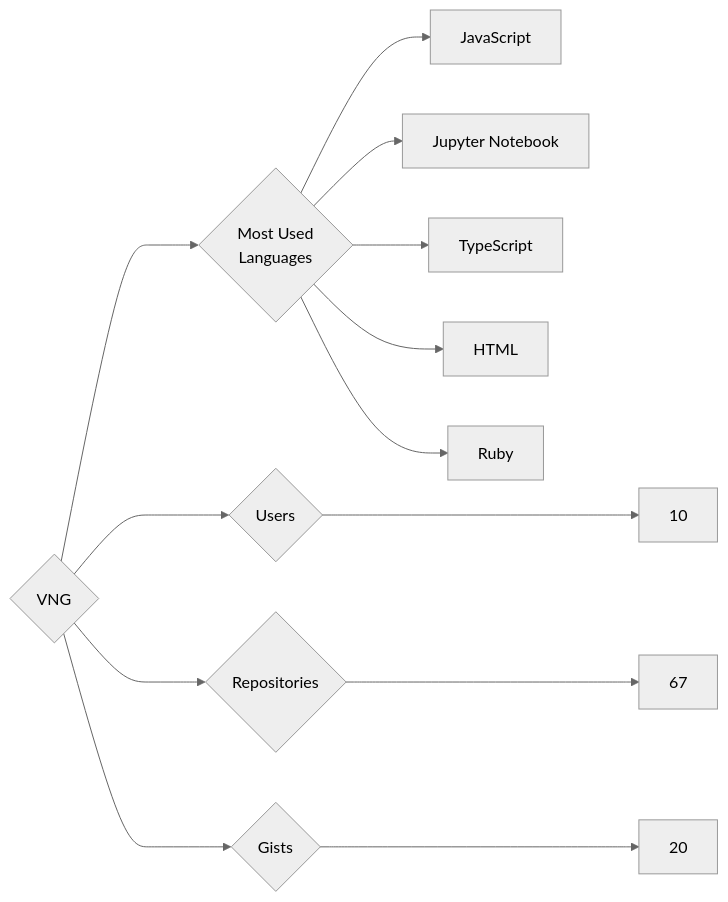
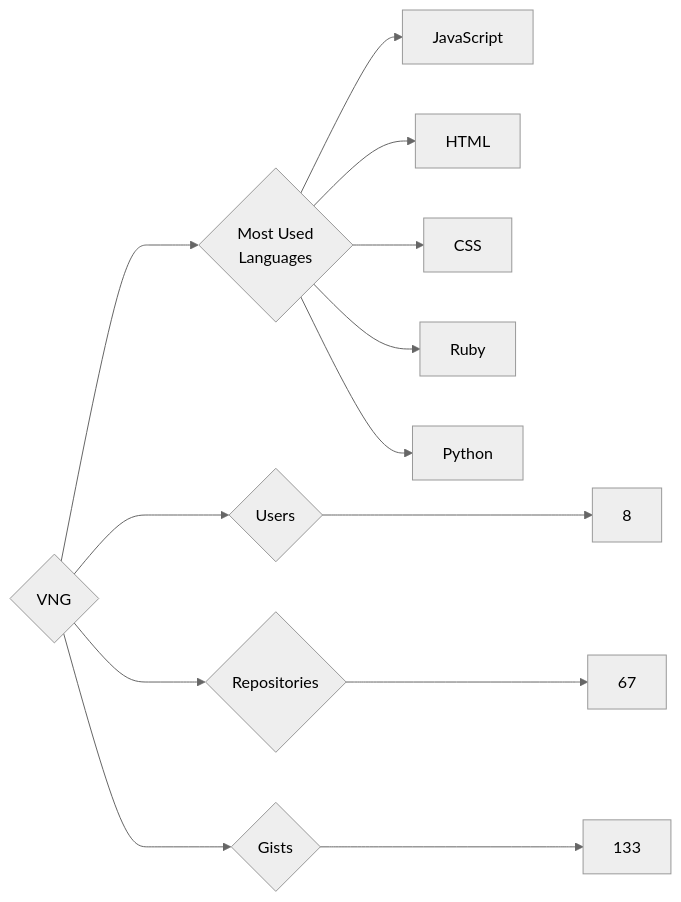
One commit to trickest/insiders changed the diagram in targets/VNG/README.md. Above: the diagram before and after it, drawn with Mermaid (neutral theme). The commit also changed 1696 other files, not shown here.

````diff
--- a/targets/VNG/README.md
+++ b/targets/VNG/README.md
@@ -3,13 +3,13 @@
 ```mermaid
 graph LR
 COMPANY_NAME{VNG}
-COMPANY_NAME ---> U{Users} ---> UN[10]
+COMPANY_NAME ---> U{Users} ---> UN[8]
 COMPANY_NAME ---> R{Repositories} ---> RN[67]
-COMPANY_NAME ---> G{Gists} ---> GN[20]
+COMPANY_NAME ---> G{Gists} ---> GN[133]
 COMPANY_NAME ---> ML{Most Used<br>Languages}
 ML --> JavaScript[JavaScript]
-ML --> Jupyter_Notebook[Jupyter Notebook]
-ML --> TypeScript[TypeScript]
 ML --> HTML[HTML]
+ML --> CSS[CSS]
 ML --> Ruby[Ruby]
+ML --> Python[Python]
 ```
````
